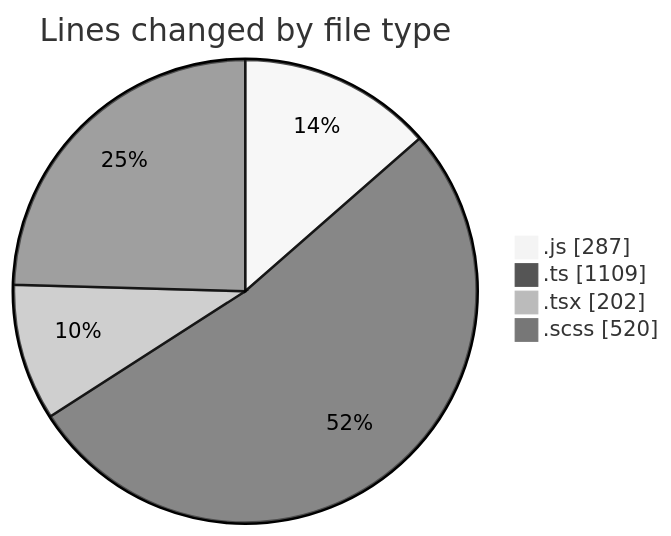
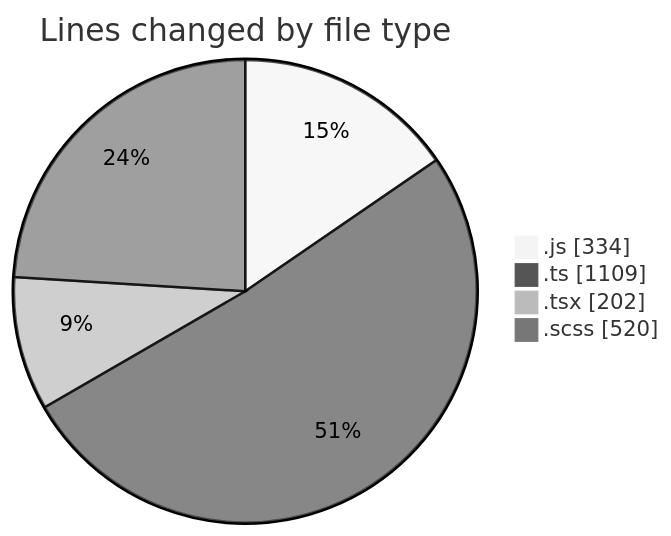
The first of 2 diagrams in 2025-06-18/cda/README.md (momahboobian/code-tracking), drawn with Mermaid (neutral theme) before and after one commit. The commit also changed other lines of this file and 1 other file, not shown here.

````diff
--- a/2025-06-18/cda/README.md
+++ b/2025-06-18/cda/README.md
@@ -39,8 +40,8 @@
 ```mermaid
 pie showData
 title Lines changed by file type
-".js" : 287
+".js" : 334
 ".ts" : 1109
 ".tsx" : 202
 ".scss" : 520
 ```
````
